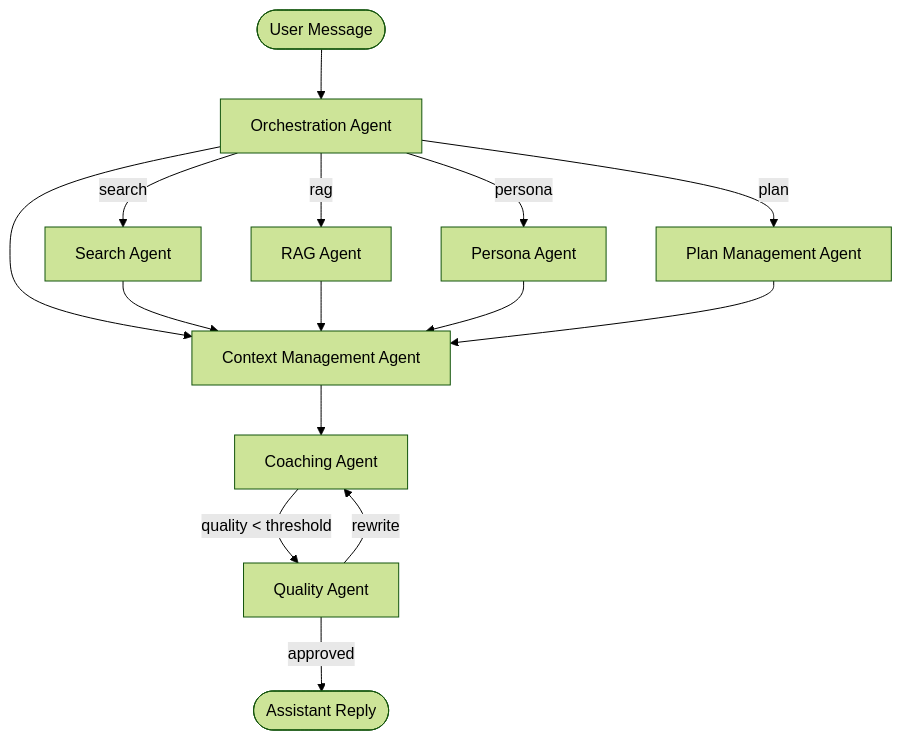
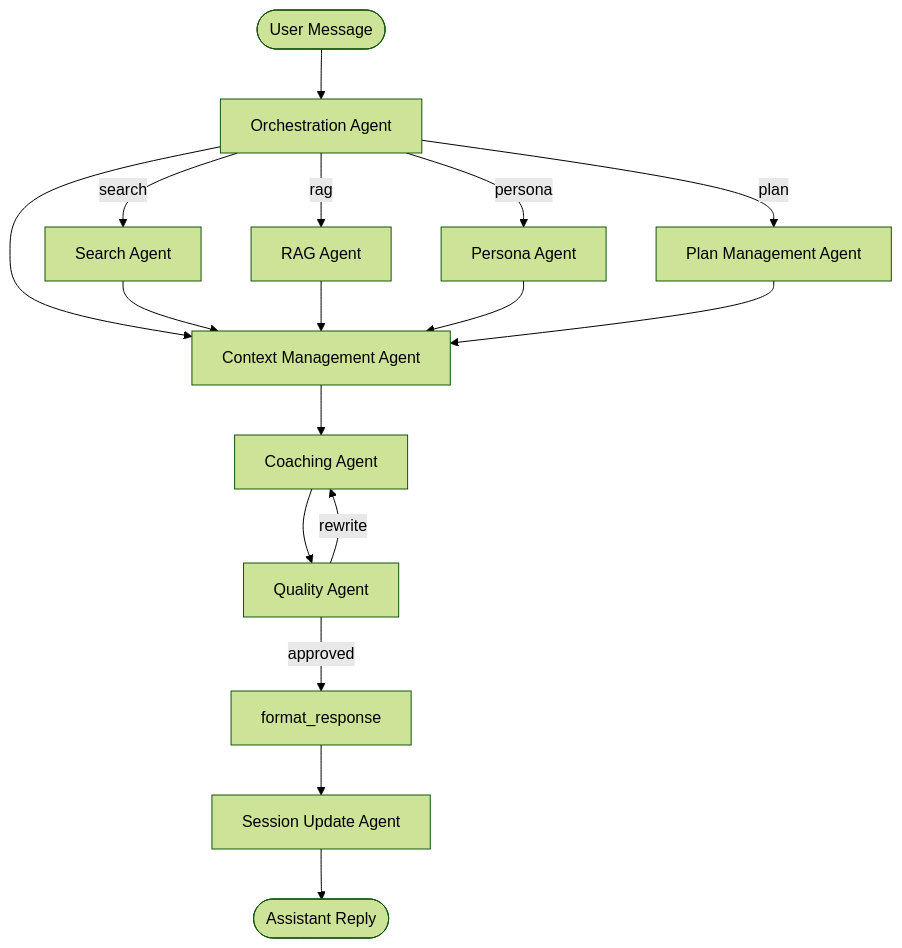
One commit to BenDundee/mentat changed the second of 2 diagrams in docs/agent-interactions.md. Above: the diagram before and after it, drawn with Mermaid (forest theme). The commit also changed other lines of this file and 3 other files, not shown here.

First line of the commit message:
docs: update architecture docs to reflect current implementation

````diff
--- a/docs/agent-interactions.md
+++ b/docs/agent-interactions.md
@@ -46,20 +63,22 @@
 ```mermaid
 flowchart TD
     START([User Message]) --> orch[Orchestration Agent]
 
     orch -->|search| search[Search Agent]
     orch -->|rag| rag[RAG Agent]
     orch -->|persona| persona[Persona Agent]
     orch -->|plan| plan[Plan Management Agent]
     orch --> cm
 
     search --> cm
     rag --> cm
     persona --> cm
     plan --> cm
 
     cm[Context Management Agent] --> coach[Coaching Agent]
-    coach -->|quality < threshold| quality
-    quality[Quality Agent] -->|rewrite| coach
-    quality -->|approved| END([Assistant Reply])
+    coach --> quality[Quality Agent]
+    quality -->|rewrite| coach
+    quality -->|approved| fmt[format_response]
+    fmt --> su[Session Update Agent]
+    su --> END([Assistant Reply])
 ```
````
